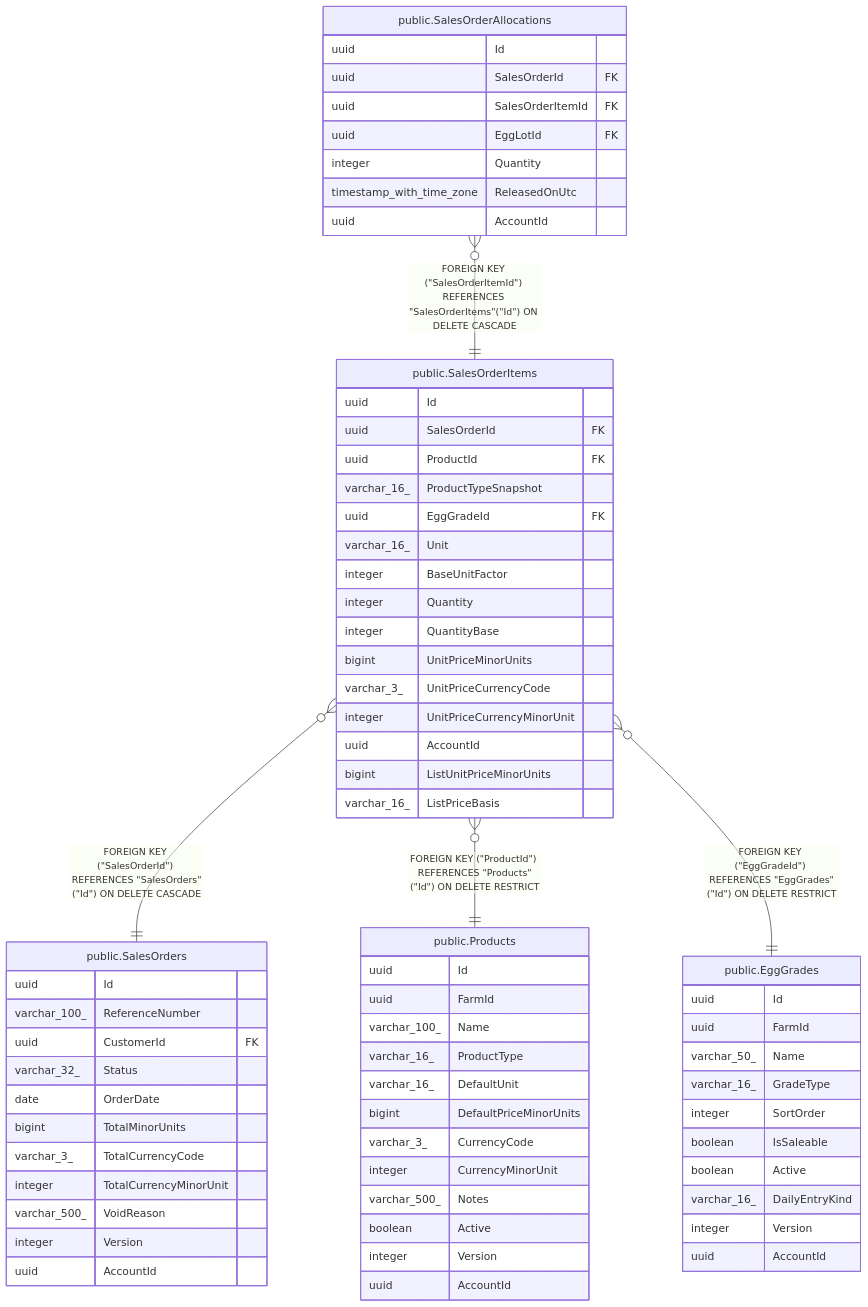
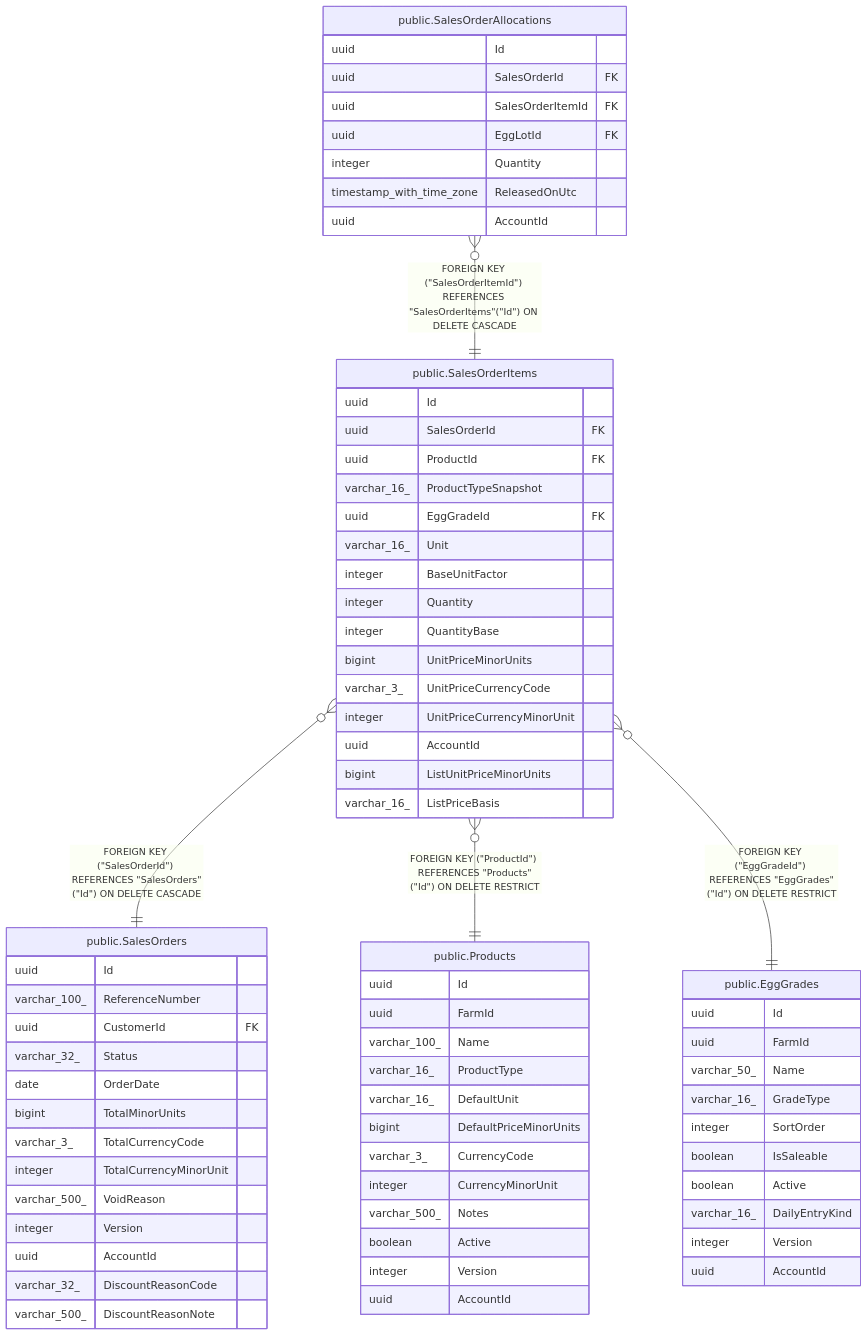
One commit to mforce/cluckwork changed the diagram in docs/schema/public.SalesOrderItems.md. Above: the diagram before and after it, drawn with Mermaid. The commit also changed 42 other files, not shown here.

First line of the commit message:
feat(sales): require a discount reason when confirming a below-list order (#756)

````diff
--- a/docs/schema/public.SalesOrderItems.md
+++ b/docs/schema/public.SalesOrderItems.md
@@ -63,74 +63,76 @@
 ```mermaid
 erDiagram
 
 "public.SalesOrderAllocations" }o--|| "public.SalesOrderItems" : "FOREIGN KEY (#quot;SalesOrderItemId#quot;) REFERENCES #quot;SalesOrderItems#quot;(#quot;Id#quot;) ON DELETE CASCADE"
 "public.SalesOrderItems" }o--|| "public.SalesOrders" : "FOREIGN KEY (#quot;SalesOrderId#quot;) REFERENCES #quot;SalesOrders#quot;(#quot;Id#quot;) ON DELETE CASCADE"
 "public.SalesOrderItems" }o--|| "public.Products" : "FOREIGN KEY (#quot;ProductId#quot;) REFERENCES #quot;Products#quot;(#quot;Id#quot;) ON DELETE RESTRICT"
 "public.SalesOrderItems" }o--|| "public.EggGrades" : "FOREIGN KEY (#quot;EggGradeId#quot;) REFERENCES #quot;EggGrades#quot;(#quot;Id#quot;) ON DELETE RESTRICT"
 
 "public.SalesOrderItems" {
   uuid Id
   uuid SalesOrderId FK
   uuid ProductId FK
   varchar_16_ ProductTypeSnapshot
   uuid EggGradeId FK
   varchar_16_ Unit
   integer BaseUnitFactor
   integer Quantity
   integer QuantityBase
   bigint UnitPriceMinorUnits
   varchar_3_ UnitPriceCurrencyCode
   integer UnitPriceCurrencyMinorUnit
   uuid AccountId
   bigint ListUnitPriceMinorUnits
   varchar_16_ ListPriceBasis
 }
 "public.SalesOrderAllocations" {
   uuid Id
   uuid SalesOrderId FK
   uuid SalesOrderItemId FK
   uuid EggLotId FK
   integer Quantity
   timestamp_with_time_zone ReleasedOnUtc
   uuid AccountId
 }
 "public.SalesOrders" {
   uuid Id
   varchar_100_ ReferenceNumber
   uuid CustomerId FK
   varchar_32_ Status
   date OrderDate
   bigint TotalMinorUnits
   varchar_3_ TotalCurrencyCode
   integer TotalCurrencyMinorUnit
   varchar_500_ VoidReason
   integer Version
   uuid AccountId
+  varchar_32_ DiscountReasonCode
+  varchar_500_ DiscountReasonNote
 }
 "public.Products" {
   uuid Id
   uuid FarmId
   varchar_100_ Name
   varchar_16_ ProductType
   varchar_16_ DefaultUnit
   bigint DefaultPriceMinorUnits
   varchar_3_ CurrencyCode
   integer CurrencyMinorUnit
   varchar_500_ Notes
   boolean Active
   integer Version
   uuid AccountId
 }
 "public.EggGrades" {
   uuid Id
   uuid FarmId
   varchar_50_ Name
   varchar_16_ GradeType
   integer SortOrder
   boolean IsSaleable
   boolean Active
   varchar_16_ DailyEntryKind
   integer Version
   uuid AccountId
 }
 ```
````
